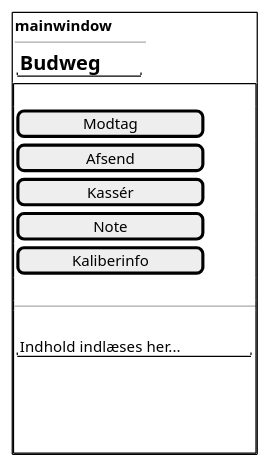
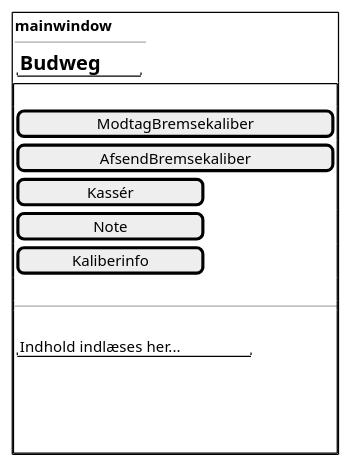
Before and after one commit to senan2315/Team-5A-Budweg: the diagram in Brugervenlighed/Wireframe.plantuml, drawn with PlantUML.

Commit message:
Wireframe start opdatering 2

```diff
--- a/Brugervenlighed/Wireframe.plantuml
+++ b/Brugervenlighed/Wireframe.plantuml
@@ -1,30 +1,30 @@
 @startsalt Wireframe
 {+
   {
     <b>mainwindow
     --
     {
       "  = Budweg  "
     }
   }
   {+
     .
-    [      Modtag      ]
-    [      Afsend      ]
+    [      ModtagBremsekaliber      ]
+    [      AfsendBremsekaliber      ]
     [      Kassér      ]
     [       Note       ]
     [   Kaliberinfo    ]
     .
     --
     {
       .
       "Indhold indlæses her..."
       .
       .
       .
       .
     }
   }
   
 }
 @endsalt
```
